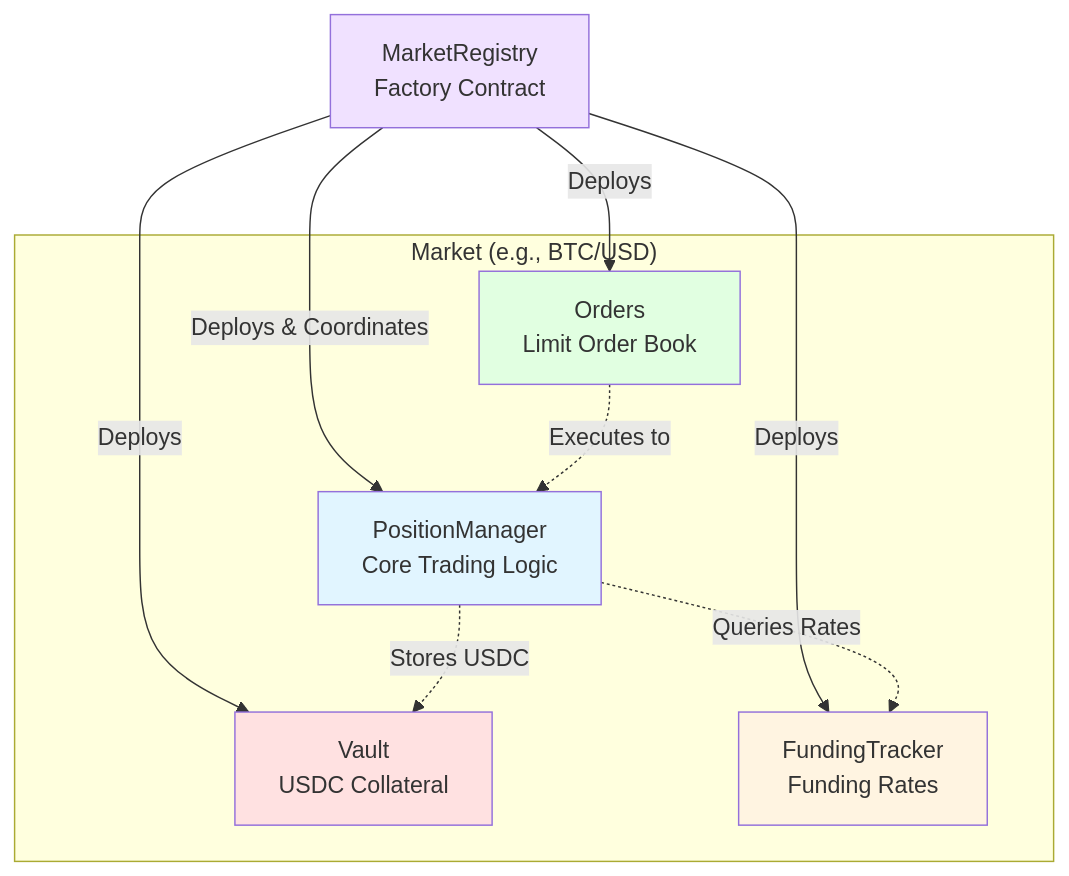
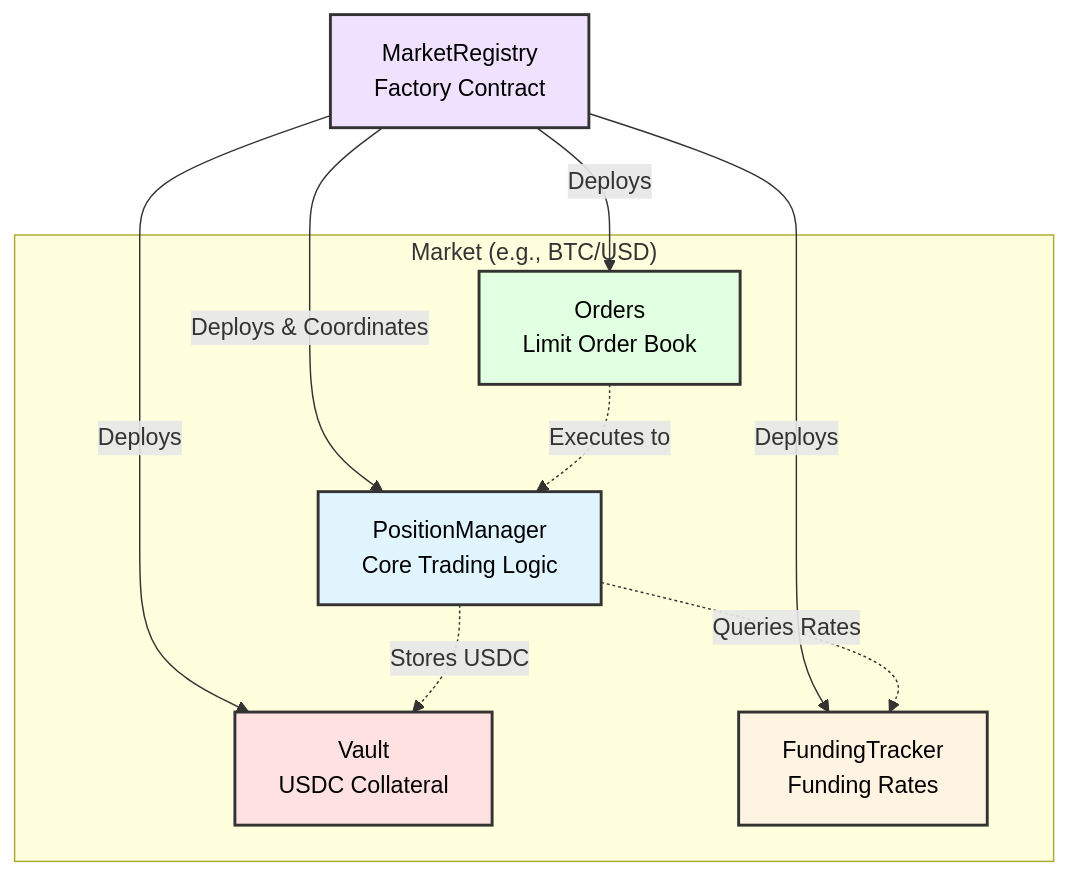
The first of 5 diagrams in PROTOCOL_GUIDE.md (avasnap/tradestaprotocol), drawn with Mermaid before and after one commit. The commit also changed other lines of this file, not shown here.

First line of the commit message:
Add dark text to all diagrams in PROTOCOL_GUIDE.md

````diff
--- a/PROTOCOL_GUIDE.md
+++ b/PROTOCOL_GUIDE.md
@@ -21,26 +21,26 @@
 ```mermaid
 graph TB
     subgraph "Market (e.g., BTC/USD)"
         PM[PositionManager<br/>Core Trading Logic]
         O[Orders<br/>Limit Order Book]
         V[Vault<br/>USDC Collateral]
         FT[FundingTracker<br/>Funding Rates]
     end
 
     MR[MarketRegistry<br/>Factory Contract]
 
     MR -->|Deploys & Coordinates| PM
     MR -->|Deploys| O
     MR -->|Deploys| V
     MR -->|Deploys| FT
 
     PM -.->|Stores USDC| V
     PM -.->|Queries Rates| FT
     O -.->|Executes to| PM
 
-    style PM fill:#e1f5ff
-    style V fill:#ffe1e1
-    style FT fill:#fff4e1
-    style O fill:#e1ffe1
-    style MR fill:#f0e1ff
+    style PM fill:#e1f5ff,stroke:#333,stroke-width:2px,color:#000
+    style V fill:#ffe1e1,stroke:#333,stroke-width:2px,color:#000
+    style FT fill:#fff4e1,stroke:#333,stroke-width:2px,color:#000
+    style O fill:#e1ffe1,stroke:#333,stroke-width:2px,color:#000
+    style MR fill:#f0e1ff,stroke:#333,stroke-width:2px,color:#000
 ```
````
